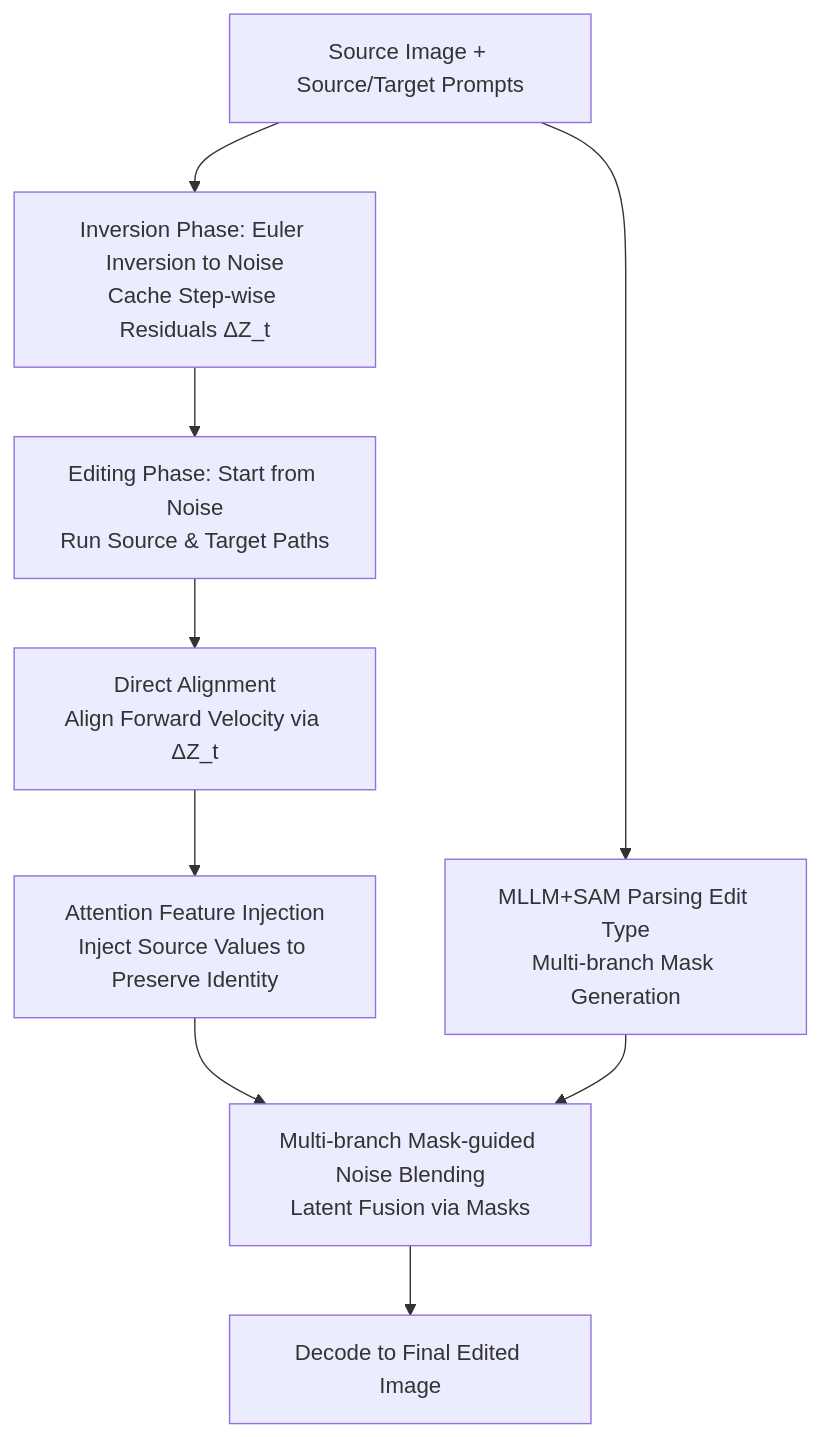
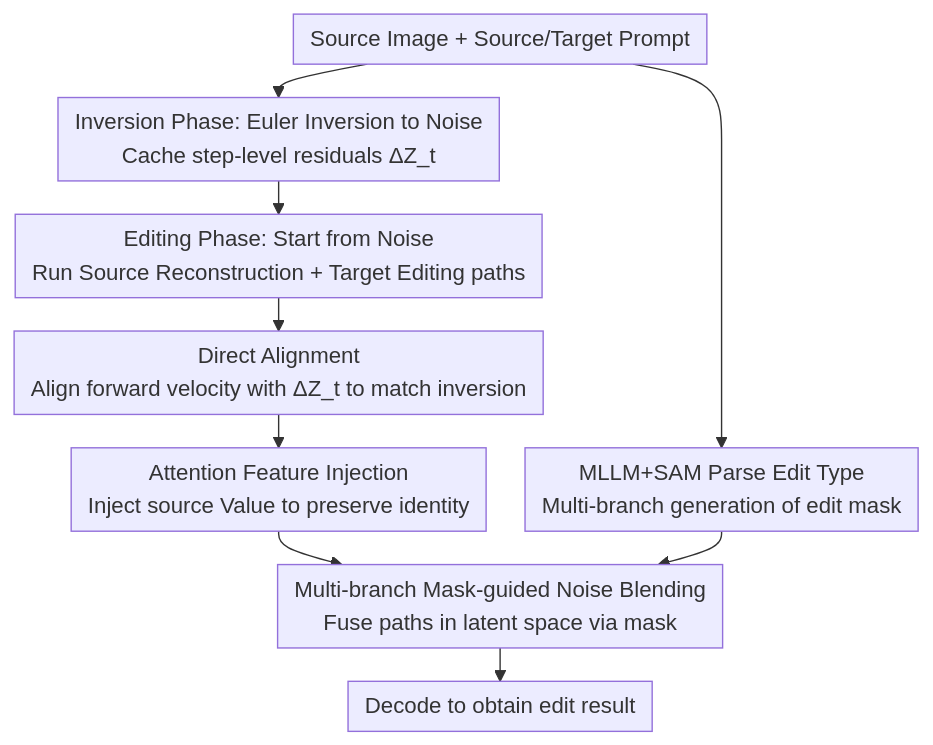
Before and after one commit to zhaoyang97/Paper-Notes-en: the diagram in docs/ICML2026/image_generation/directedit_step-level_accurate_inversion_for_flow-based_image_editing.md, drawn with Mermaid. The commit also changed other lines of this file and 5084 other files, not shown here.

````diff
--- a/docs/ICML2026/image_generation/directedit_step-level_accurate_inversion_for_flow-based_image_editing.md
+++ b/docs/ICML2026/image_generation/directedit_step-level_accurate_inversion_for_flow-based_image_editing.md
@@ -42,11 +42,12 @@
 ```mermaid
-graph TD
-    A["Source Image + Source/Target Prompts"] --> B["Inversion Phase: Euler Inversion to Noise<br/>Cache Step-wise Residuals ΔZ_t"]
-    A --> C["MLLM+SAM Parsing Edit Type<br/>Multi-branch Mask Generation"]
-    B --> D["Editing Phase: Start from Noise<br/>Run Source & Target Paths"]
-    D --> E["Direct Alignment<br/>Align Forward Velocity via ΔZ_t"]
-    E --> F["Attention Feature Injection<br/>Inject Source Values to Preserve Identity"]
-    F --> G["Multi-branch Mask-guided Noise Blending<br/>Latent Fusion via Masks"]
+%%{init: {'flowchart': {'rankSpacing': 24, 'nodeSpacing': 28, 'padding': 6, 'wrappingWidth': 400}}}%%
+flowchart TD
+    A["Source Image + Source/Target Prompt"] --> B["Inversion Phase: Euler Inversion to Noise<br/>Cache step-level residuals ΔZ_t"]
+    A --> C["MLLM+SAM Parse Edit Type<br/>Multi-branch generation of edit mask"]
+    B --> D["Editing Phase: Start from Noise<br/>Run Source Reconstruction + Target Editing paths"]
+    D --> E["Direct Alignment<br/>Align forward velocity with ΔZ_t to match inversion"]
+    E --> F["Attention Feature Injection<br/>Inject source Value to preserve identity"]
+    F --> G["Multi-branch Mask-guided Noise Blending<br/>Fuse paths in latent space via mask"]
     C --> G
-    G --> H["Decode to Final Edited Image"]
+    G --> H["Decode to obtain edit result"]
 ```
````
